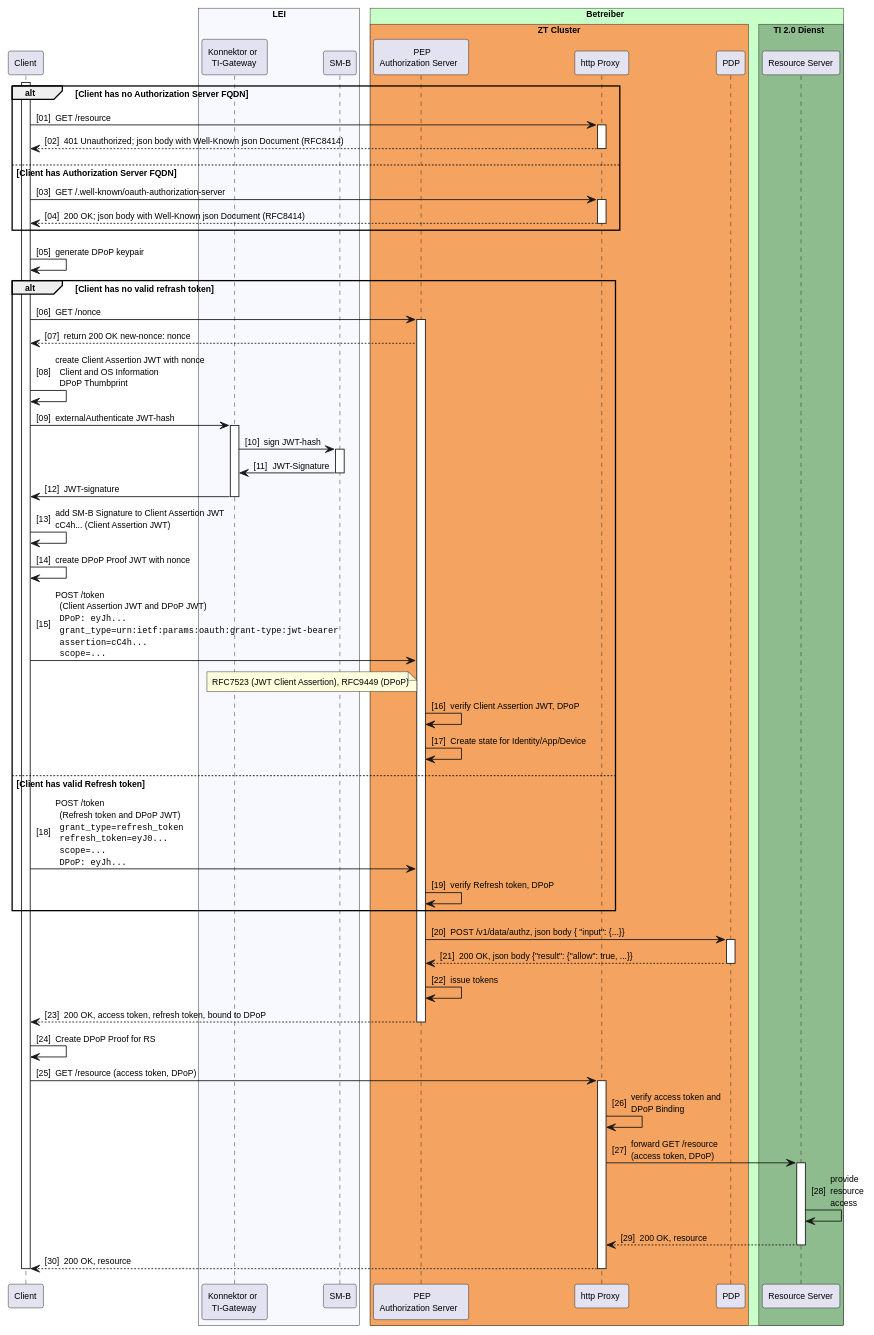
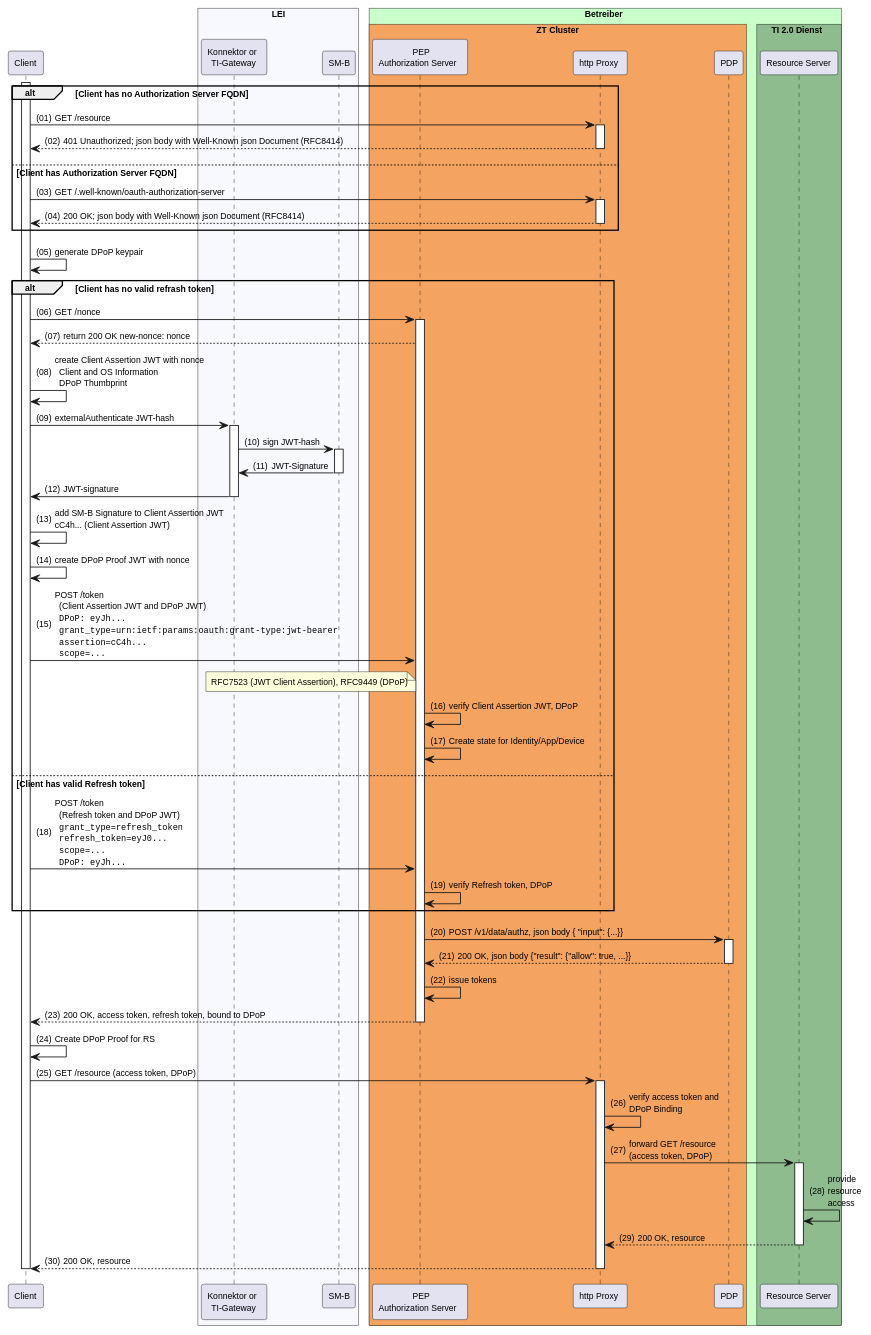
The diagram in src/plantuml/sm-b-auth.puml (gematik/spec-t20r), drawn with PlantUML before and after one commit.

```diff
--- a/src/plantuml/sm-b-auth.puml
+++ b/src/plantuml/sm-b-auth.puml
@@ -1,104 +1,104 @@
 @startuml "SM-B_Auth_with_DPoP"
-autonumber "[00]"
+autonumber "(00)"
 skinparam defaultFontSize 10
 skinparam defaultFontName Helvetica
 skinparam DefaultMonospacedFontName Courier
 skinparam lengthAdjust none
 
 !pragma teoz true
 
 participant Client
 box "LEI" #GhostWhite
     participant Konnektor as "Konnektor or\nTI-Gateway"
     participant SMB as "SM-B"
 end box
 
 box "Betreiber" #TECHNOLOGY
     box "ZT Cluster" #SandyBrown
         participant AuthS as "PEP\nAuthorization Server" 
         participant HP as "http Proxy"
         participant PDP as "PDP"
     endbox
     box TI 2.0 Dienst #DarkSeaGreen
         participant RS as "Resource Server"
     endbox
 end box
 
 activate Client
 alt Client has no Authorization Server FQDN
     Client -> HP: GET /resource
     activate HP
     HP --> Client: 401 Unauthorized; json body with Well-Known json Document (RFC8414)
     deactivate HP
 else Client has Authorization Server FQDN
     Client -> HP: GET /.well-known/oauth-authorization-server 
     activate HP
     HP --> Client: 200 OK; json body with Well-Known json Document (RFC8414)
     deactivate HP
 end
 
 Client -> Client: generate DPoP keypair
 alt Client has no valid refrash token
 Client -> AuthS: GET /nonce
 activate AuthS
 AuthS --> Client: return 200 OK new-nonce: nonce
 Client -> Client: create Client Assertion JWT with nonce\n  Client and OS Information\n  DPoP Thumbprint
 Client -> Konnektor: externalAuthenticate JWT-hash
 activate Konnektor
 Konnektor -> SMB: sign JWT-hash
 activate SMB
 SMB -> Konnektor: JWT-Signature
 deactivate SMB
 Konnektor -> Client: JWT-signature
 deactivate Konnektor
 
 Client -> Client: add SM-B Signature to Client Assertion JWT\n\
 cC4h... (Client Assertion JWT)
 Client -> Client: create DPoP Proof JWT with nonce
 Client -> AuthS: POST /token\n\
   (Client Assertion JWT and DPoP JWT)\n\
   ""DPoP: eyJh...""\n\
   ""grant_type=urn:ietf:params:oauth:grant-type:jwt-bearer""\n\
   ""assertion=cC4h...""\n\
   ""scope=...""
 note left of AuthS
   RFC7523 (JWT Client Assertion), RFC9449 (DPoP)
 end note
 AuthS -> AuthS: verify Client Assertion JWT, DPoP
 AuthS -> AuthS: Create state for Identity/App/Device
 else Client has valid Refresh token
 Client -> AuthS: POST /token\n\
   (Refresh token and DPoP JWT)\n\
   ""grant_type=refresh_token""\n\
   ""refresh_token=eyJ0...""\n\
   ""scope=...""\n\
   ""DPoP: eyJh...""
 AuthS -> AuthS: verify Refresh token, DPoP
 end
 
 AuthS -> PDP: POST /v1/data/authz, json body {  "input": {...}} 
 activate PDP
 PDP --> AuthS: 200 OK, json body {"result": {"allow": true, ...}}
 deactivate PDP
 AuthS -> AuthS: issue tokens
 AuthS --> Client: 200 OK, access token, refresh token, bound to DPoP
 deactivate AuthS
 Client -> Client: Create DPoP Proof for RS
 
 Client -> HP: GET /resource (access token, DPoP)
 activate HP
 HP -> HP: verify access token and\nDPoP Binding
 HP -> RS: forward GET /resource\n\
 (access token, DPoP)
 activate RS
 RS -> RS: provide\n\
 resource\n\
 access
 RS --> HP: 200 OK, resource
 deactivate RS
 HP --> Client: 200 OK, resource
 deactivate HP
 deactivate RS
 deactivate Client
 
 @enduml
```
